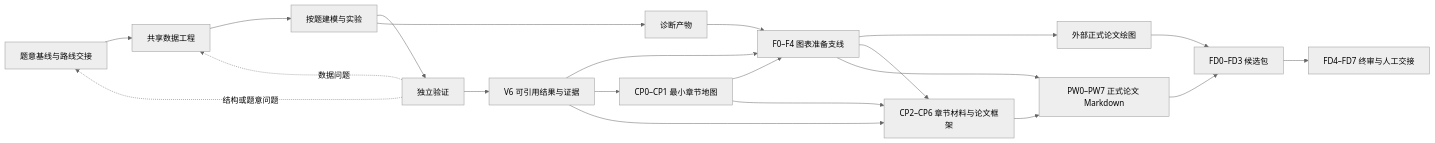
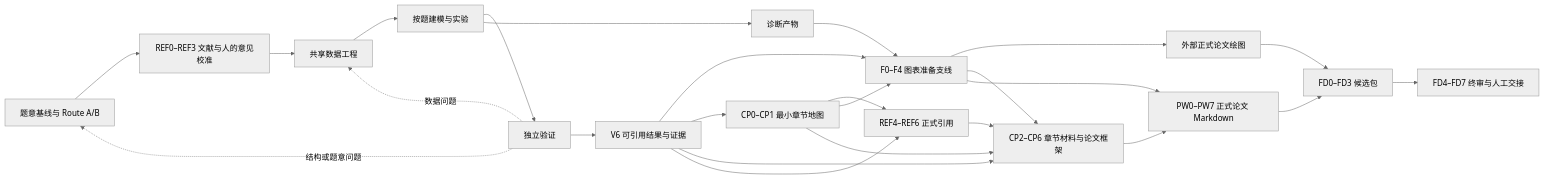
The diagram in Workflow/back-half-top-level-design.md (gdl1605/mcm-harness), drawn with Mermaid (neutral theme) before and after one commit. The commit also changed other lines of this file and 55 other files, not shown here.

````diff
--- a/Workflow/back-half-top-level-design.md
+++ b/Workflow/back-half-top-level-design.md
@@ -129,23 +137,27 @@
 ```mermaid
 flowchart LR
-    A["题意基线与路线交接"] --> B["共享数据工程"]
+    A["题意基线与 Route A/B"] --> R["REF0–REF3 文献与人的意见校准"]
+    R --> B["共享数据工程"]
     B --> C["按题建模与实验"]
     C --> D["独立验证"]
     C --> E["诊断产物"]
     D --> F["V6 可引用结果与证据"]
     E --> G["F0–F4 图表准备支线"]
     F --> G
     F --> H1["CP0–CP1 最小章节地图"]
     F --> H2["CP2–CP6 章节材料与论文框架"]
+    F --> R2["REF4–REF6 正式引用"]
+    H1 --> R2
+    R2 --> H2
     G --> I["外部正式论文绘图"]
     H1 --> G
     H1 --> H2
     G --> H2
     H2 --> J["PW0–PW7 正式论文 Markdown"]
     G --> J
     I --> K["FD0–FD3 候选包"]
     J --> K
     K --> L["FD4–FD7 终审与人工交接"]
     D -. "数据问题" .-> B
     D -. "结构或题意问题" .-> A
 ```
````
